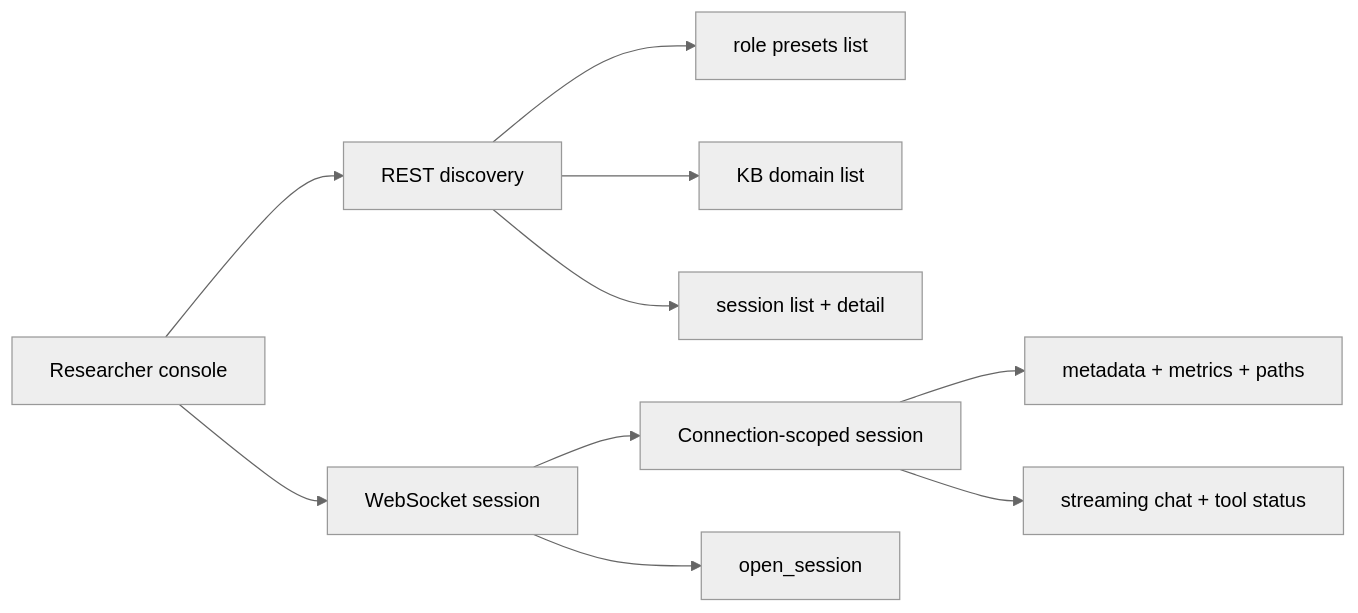
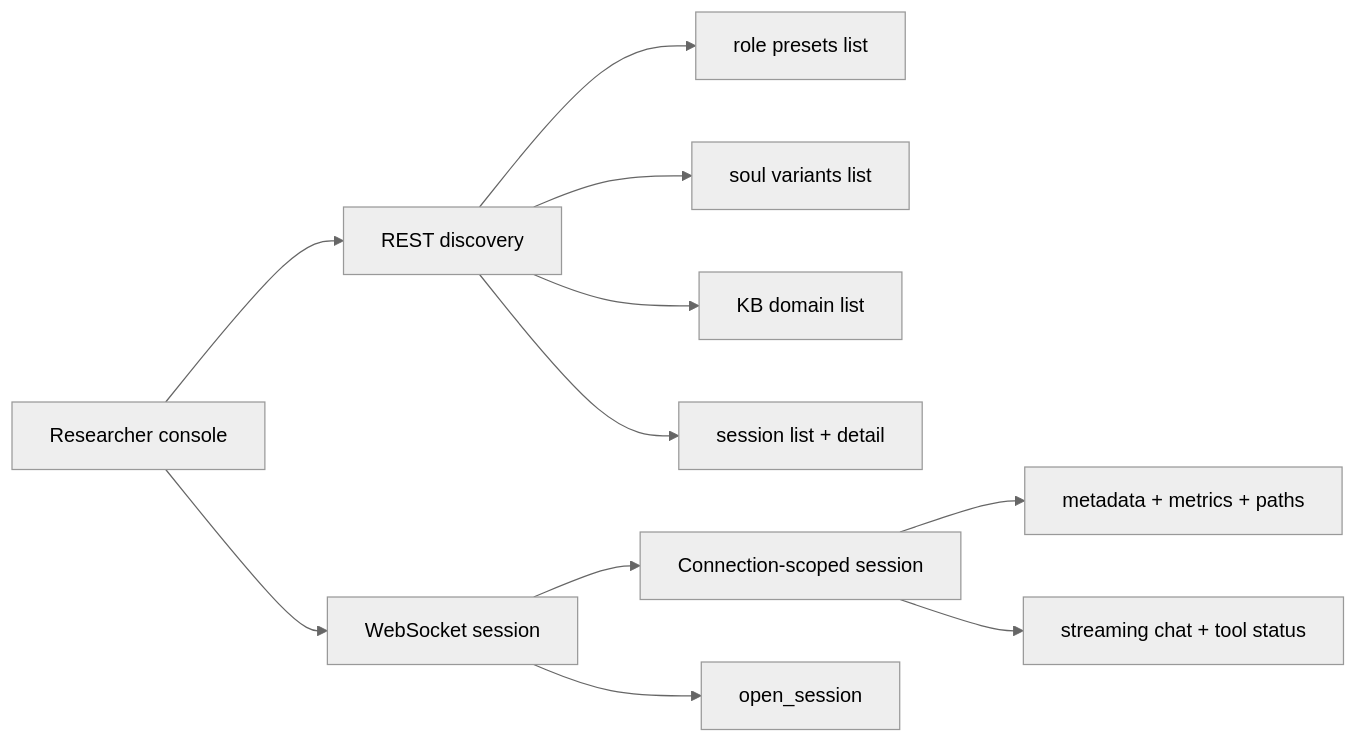
The diagram in project/architecture/researcher-console.md (syuan-research/alt-theory), drawn with Mermaid (neutral theme) before and after one commit. The commit also changed other lines of this file and 20 other files, not shown here.

````diff
--- a/project/architecture/researcher-console.md
+++ b/project/architecture/researcher-console.md
@@ -51,12 +51,13 @@
 ```mermaid
 flowchart LR
   Browser[Researcher console] --> REST[REST discovery]
   Browser --> WS[WebSocket session]
   REST --> RolePresets[role presets list]
+  REST --> Souls[soul variants list]
   REST --> KBDomains[KB domain list]
   REST --> SessionCatalog[session list + detail]
   WS --> Session[Connection-scoped session]
   WS --> OpenSession[open_session]
   Session --> Inspector[metadata + metrics + paths]
   Session --> Chat[streaming chat + tool status]
 ```
````
